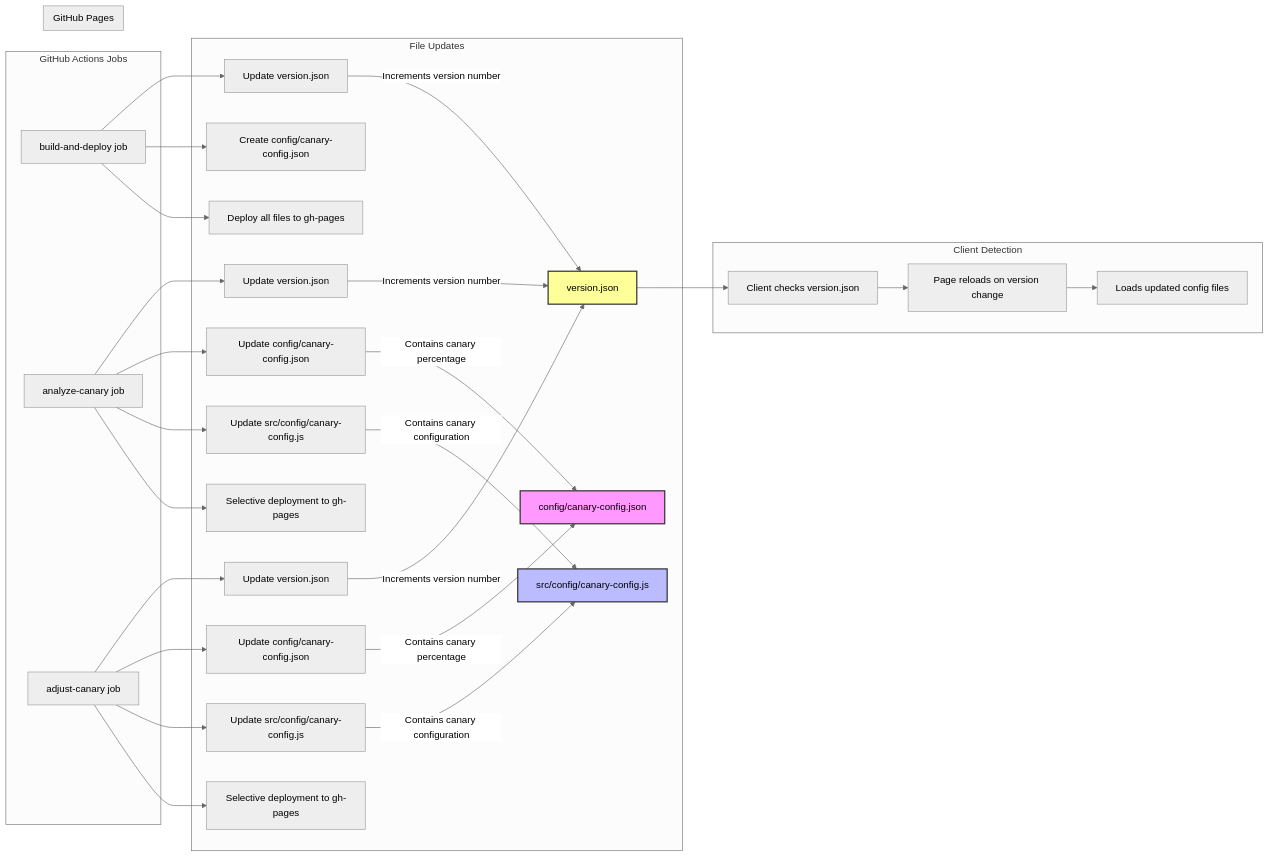
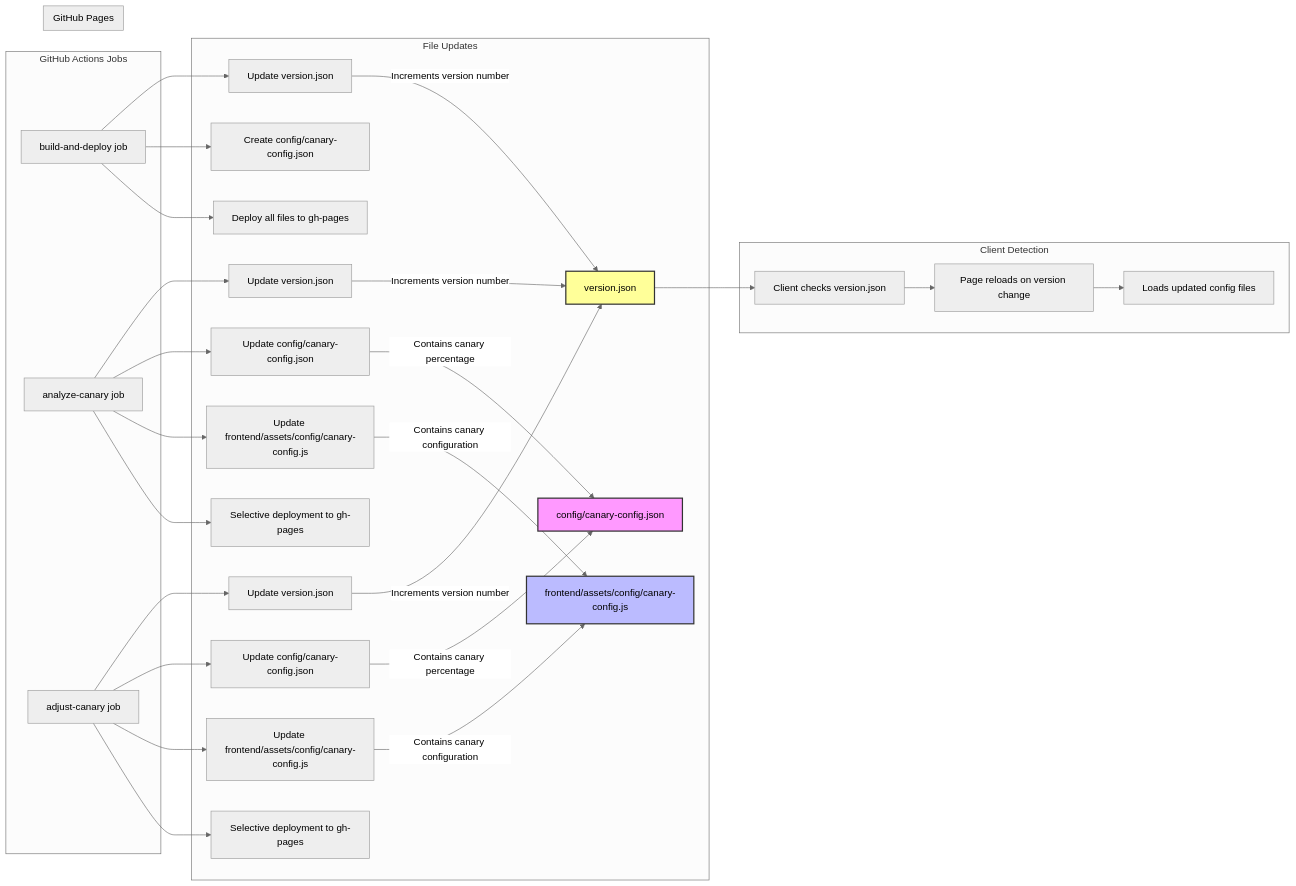
Before and after one commit to lloydchang/client-side-canary-deployment: the first of 2 diagrams in docs/WORKFLOWS.md, drawn with Mermaid (neutral theme). The commit also changed other lines of this file and 2 other files, not shown here.

````diff
--- a/docs/WORKFLOWS.md
+++ b/docs/WORKFLOWS.md
@@ -130,48 +130,48 @@
 ```mermaid
 flowchart LR
     subgraph "GitHub Actions Jobs"
         A["build-and-deploy job"]
         B["analyze-canary job"]
         C["adjust-canary job"]
     end
     
     subgraph "File Updates"
         A --> A1[Update version.json]
         A --> A2[Create config/canary-config.json]
         A --> A3[Deploy all files to gh-pages]
         
         B --> B1[Update version.json]
         B --> B2[Update config/canary-config.json]
-        B --> B3[Update src/config/canary-config.js]
+        B --> B3[Update frontend/assets/config/canary-config.js]
         B --> B4[Selective deployment to gh-pages]
         
         C --> C1[Update version.json]
         C --> C2[Update config/canary-config.json]
-        C --> C3[Update src/config/canary-config.js]
+        C --> C3[Update frontend/assets/config/canary-config.js]
         C --> C4[Selective deployment to gh-pages]
         
         B2 --"Contains canary percentage"--> Config
         C2 --"Contains canary percentage"--> Config
         B3 --"Contains canary configuration"--> JSConfig
         C3 --"Contains canary configuration"--> JSConfig
         A1 --"Increments version number"--> Version
         B1 --"Increments version number"--> Version
         C1 --"Increments version number"--> Version
     end
     
     subgraph "GitHub Pages"
         Config[config/canary-config.json]
-        JSConfig[src/config/canary-config.js]
+        JSConfig[frontend/assets/config/canary-config.js]
         Version[version.json]
     end
     
     subgraph "Client Detection"
         Version --> CheckVersion["Client checks version.json"]
         CheckVersion --> Reload["Page reloads on version change"]
         Reload --> LoadConfig["Loads updated config files"]
     end
     
     style Config fill:#f9f,stroke:#333,stroke-width:2px
     style JSConfig fill:#bbf,stroke:#333,stroke-width:2px
     style Version fill:#ff9,stroke:#333,stroke-width:2px
 ```
````
